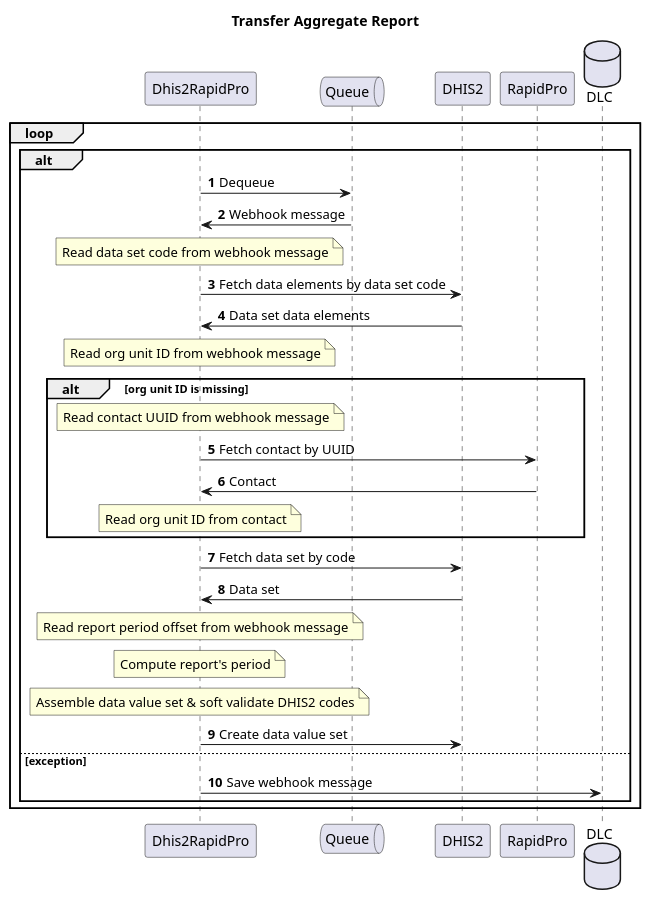
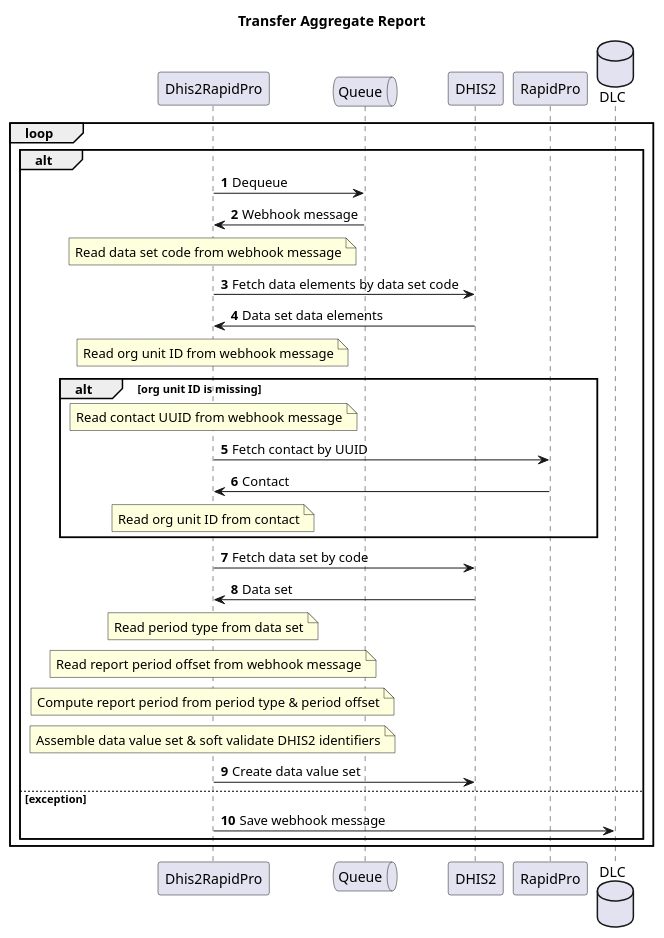
Before and after one commit to dhis2/integration-dhis-rapidpro: the diagram in design/plantuml/transfer-aggr-report.puml, drawn with PlantUML. The commit also changed 4 other files, not shown here.

Commit message:
docs: UML refinement (#62)

```diff
--- a/design/plantuml/transfer-aggr-report.puml
+++ b/design/plantuml/transfer-aggr-report.puml
@@ -1,34 +1,35 @@
 @startuml
 title Transfer Aggregate Report
 participant Dhis2RapidPro as Dhis2RapidPro
 queue Queue as Queue
 participant DHIS2 as DHIS2
 participant RapidPro as RapidPro
 database DLC as DLC
 autonumber
 skinparam responseMessageBelowArrow true
 loop
     alt
         Dhis2RapidPro -> Queue: Dequeue
         Queue -> Dhis2RapidPro: Webhook message
         note over Dhis2RapidPro: Read data set code from webhook message
         Dhis2RapidPro -> DHIS2: Fetch data elements by data set code
         DHIS2 -> Dhis2RapidPro: Data set data elements
         note over Dhis2RapidPro: Read org unit ID from webhook message
         alt org unit ID is missing
             note over Dhis2RapidPro: Read contact UUID from webhook message
             Dhis2RapidPro -> RapidPro: Fetch contact by UUID
             RapidPro -> Dhis2RapidPro: Contact
             note over Dhis2RapidPro: Read org unit ID from contact
         end
         Dhis2RapidPro -> DHIS2: Fetch data set by code
         DHIS2 -> Dhis2RapidPro: Data set
+        note over Dhis2RapidPro: Read period type from data set
         note over Dhis2RapidPro: Read report period offset from webhook message
-        note over Dhis2RapidPro: Compute report's period
-        note over Dhis2RapidPro: Assemble data value set & soft validate DHIS2 codes
+        note over Dhis2RapidPro: Compute report period from period type & period offset
+        note over Dhis2RapidPro: Assemble data value set & soft validate DHIS2 identifiers
         Dhis2RapidPro -> DHIS2: Create data value set
     else exception
         Dhis2RapidPro -> DLC: Save webhook message
     end
 end
 @enduml
```
